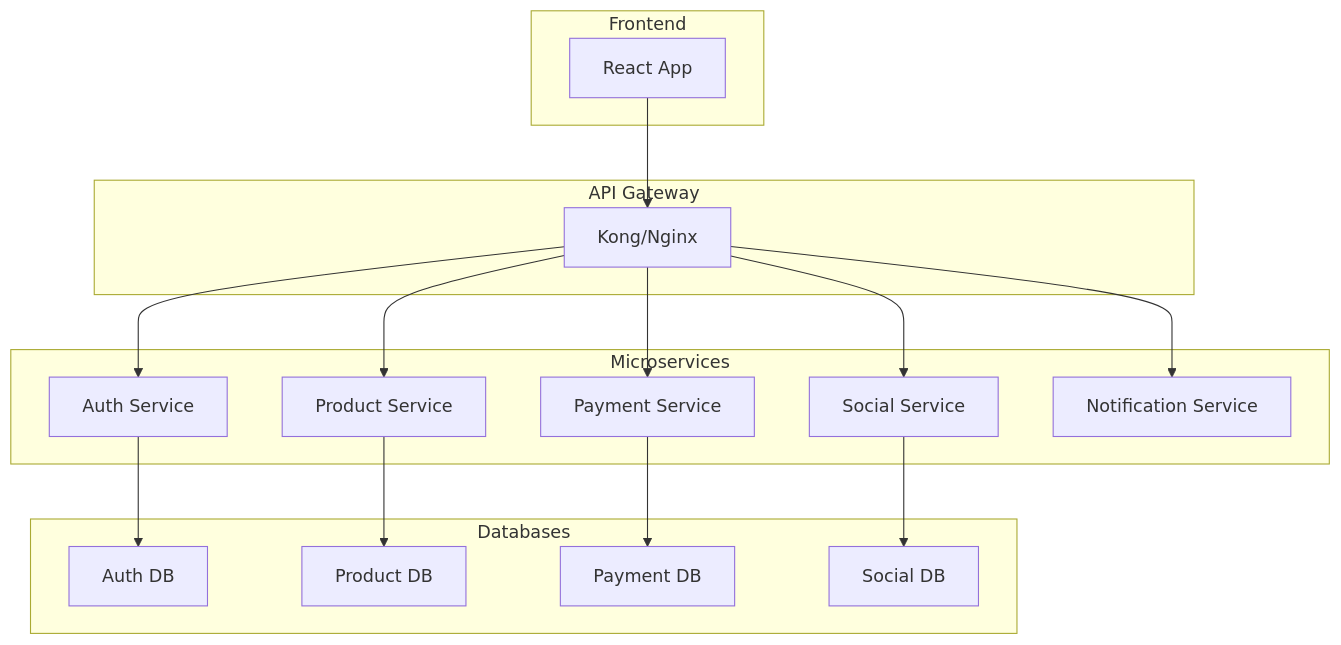
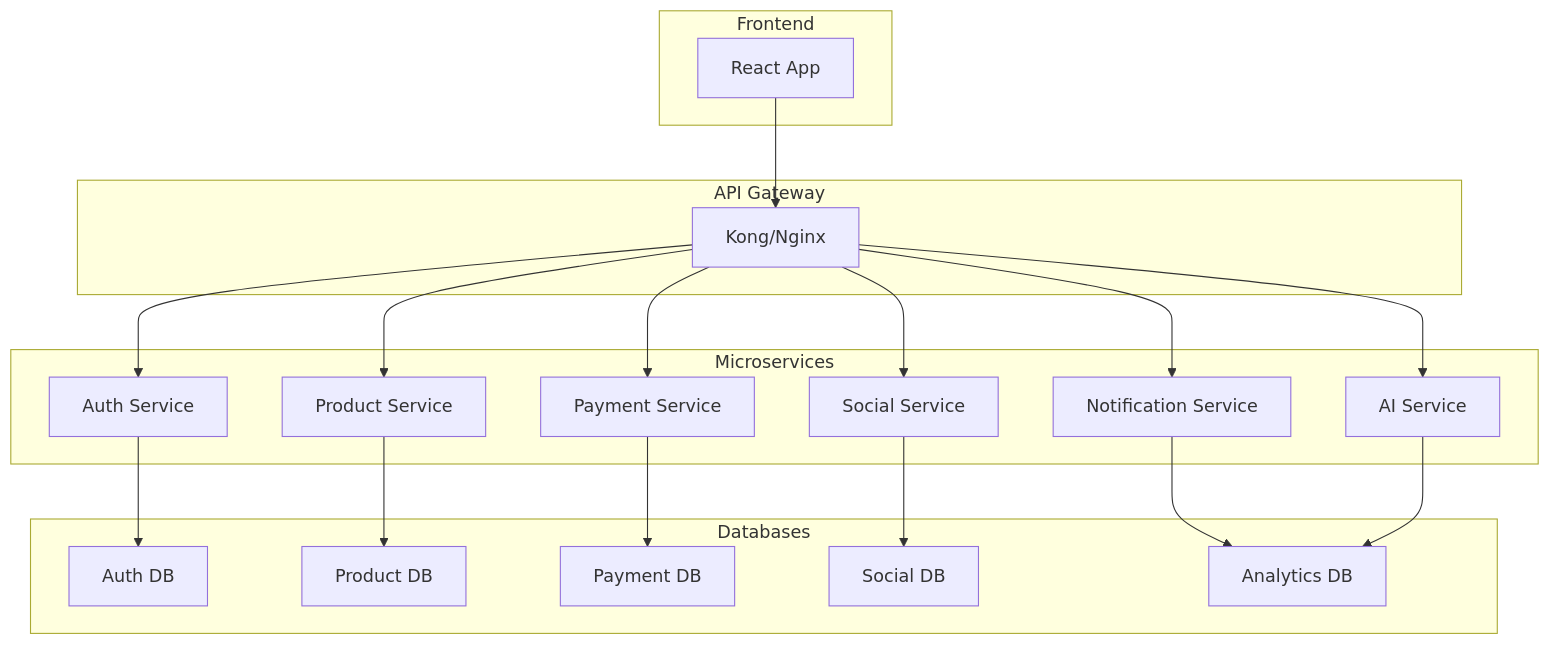
Before and after one commit to moonback/project-SocialCart: the fifth of 5 diagrams in ARCHITECTURE.md, drawn with Mermaid. The commit also changed other lines of this file and 5 other files, not shown here.

First line of the commit message:
Update API documentation and architecture overview for enhanced clarity and completeness

````diff
--- a/ARCHITECTURE.md
+++ b/ARCHITECTURE.md
@@ -446,37 +641,42 @@
 ```mermaid
 graph TB
     subgraph "Frontend"
         A[React App]
     end
     
     subgraph "API Gateway"
         B[Kong/Nginx]
     end
     
     subgraph "Microservices"
         C[Auth Service]
         D[Product Service]
         E[Payment Service]
         F[Social Service]
         G[Notification Service]
+        H[AI Service]
     end
     
     subgraph "Databases"
-        H[Auth DB]
-        I[Product DB]
-        J[Payment DB]
-        K[Social DB]
+        I[Auth DB]
+        J[Product DB]
+        K[Payment DB]
+        L[Social DB]
+        M[Analytics DB]
     end
     
     A --> B
     B --> C
     B --> D
     B --> E
     B --> F
     B --> G
+    B --> H
     
-    C --> H
-    D --> I
-    E --> J
-    F --> K
+    C --> I
+    D --> J
+    E --> K
+    F --> L
+    G --> M
+    H --> M
 ```
````
